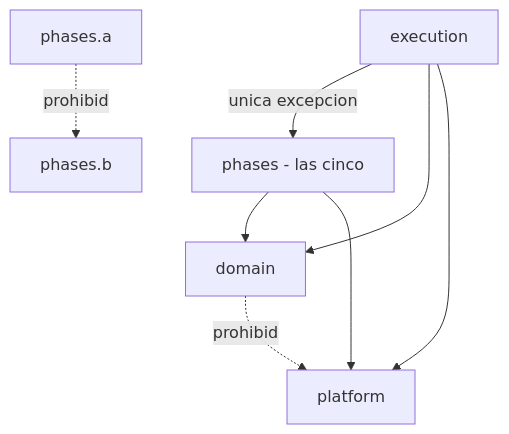
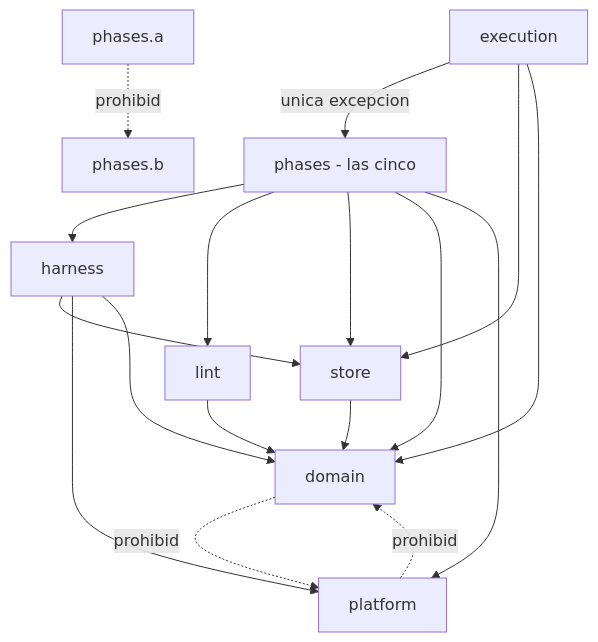
The seventh of 10 diagrams in docs/architecture.md (JNico-rb/story-maker), drawn with Mermaid before and after one commit. The commit also changed other lines of this file and 35 other files, not shown here.

````diff
--- a/docs/architecture.md
+++ b/docs/architecture.md
@@ -798,10 +1278,19 @@
 ```mermaid
 graph TD
     EXE[execution] -->|unica excepcion| PH[phases - las cinco]
-    EXE --> DOM[domain]
+    PH --> HAR[harness]
+    PH --> LNT[lint]
+    PH --> STO[store]
+    HAR --> STO
+    HAR --> PLT[platform]
+    STO --> DOM[domain]
+    LNT --> DOM
+    HAR --> DOM
     PH --> DOM
-    EXE --> PLT[platform]
     PH --> PLT
+    EXE --> STO
+    EXE --> DOM
     PHA[phases.a] -.prohibido.-> PHB[phases.b]
     DOM -.prohibido.-> PLT
+    PLT -.prohibido.-> DOM
 ```
````
